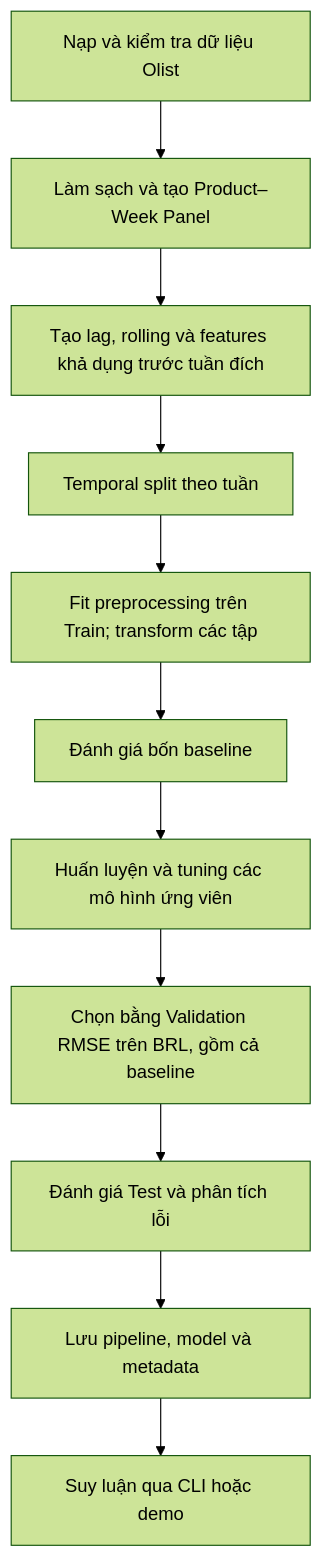
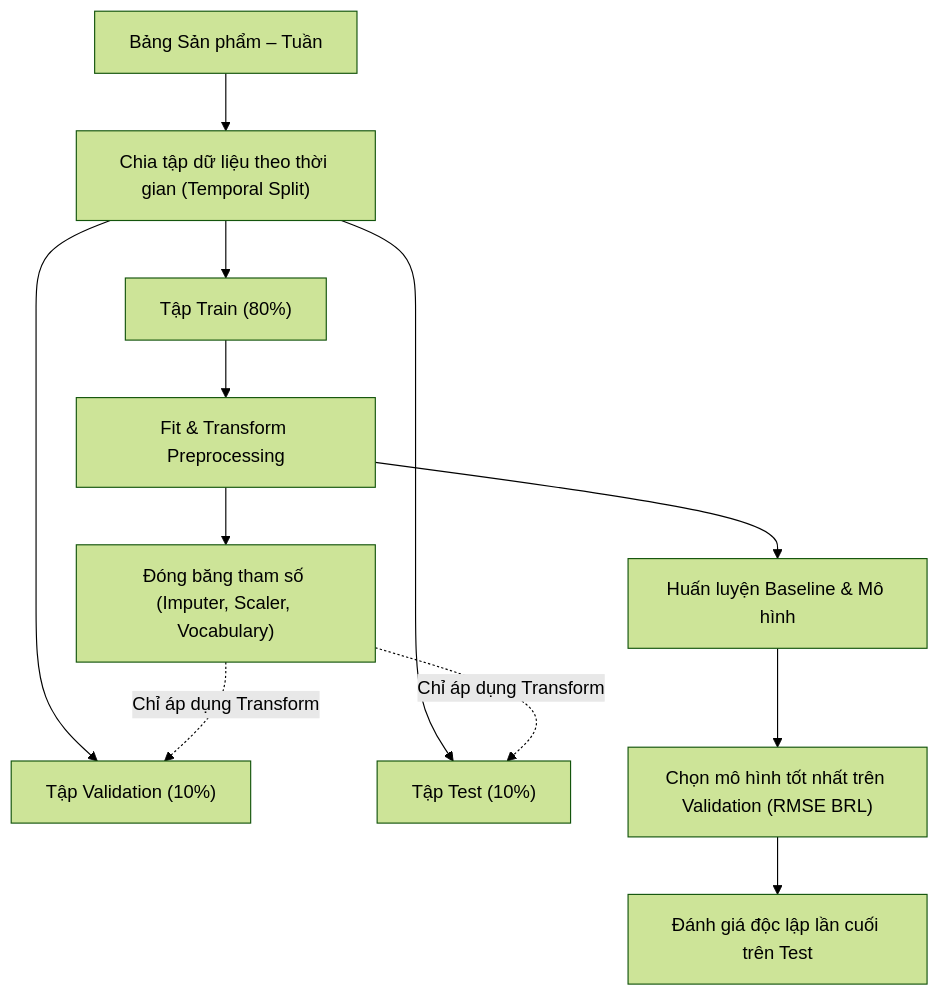
One commit to iamtien77/sales_predictor changed the second of 2 diagrams in docs/algorithms/design.md. Above: the diagram before and after it, drawn with Mermaid (forest theme). The commit also changed other lines of this file and 17 other files, not shown here.

````diff
--- a/docs/algorithms/design.md
+++ b/docs/algorithms/design.md
@@ -166,13 +115,14 @@
 ```mermaid
 flowchart TD
-    A["Nạp và kiểm tra dữ liệu Olist"] --> B["Làm sạch và tạo Product–Week Panel"]
-    B --> C["Tạo lag, rolling và features khả dụng trước tuần đích"]
-    C --> D["Temporal split theo tuần"]
-    D --> E["Fit preprocessing trên Train; transform các tập"]
-    E --> F["Đánh giá bốn baseline"]
-    F --> G["Huấn luyện và tuning các mô hình ứng viên"]
-    G --> H["Chọn bằng Validation RMSE trên BRL, gồm cả baseline"]
-    H --> I["Đánh giá Test và phân tích lỗi"]
-    I --> J["Lưu pipeline, model và metadata"]
-    J --> K["Suy luận qua CLI hoặc demo"]
+    A["Bảng Sản phẩm – Tuần"] --> B["Chia tập dữ liệu theo thời gian (Temporal Split)"]
+    B --> C["Tập Train (80%)"]
+    B --> D["Tập Validation (10%)"]
+    B --> E["Tập Test (10%)"]
+    C --> F["Fit & Transform Preprocessing"]
+    F --> G["Đóng băng tham số (Imputer, Scaler, Vocabulary)"]
+    G -.->|Chỉ áp dụng Transform| D
+    G -.->|Chỉ áp dụng Transform| E
+    F --> H["Huấn luyện Baseline & Mô hình"]
+    H --> I["Chọn mô hình tốt nhất trên Validation (RMSE BRL)"]
+    I --> J["Đánh giá độc lập lần cuối trên Test"]
 ```
````
